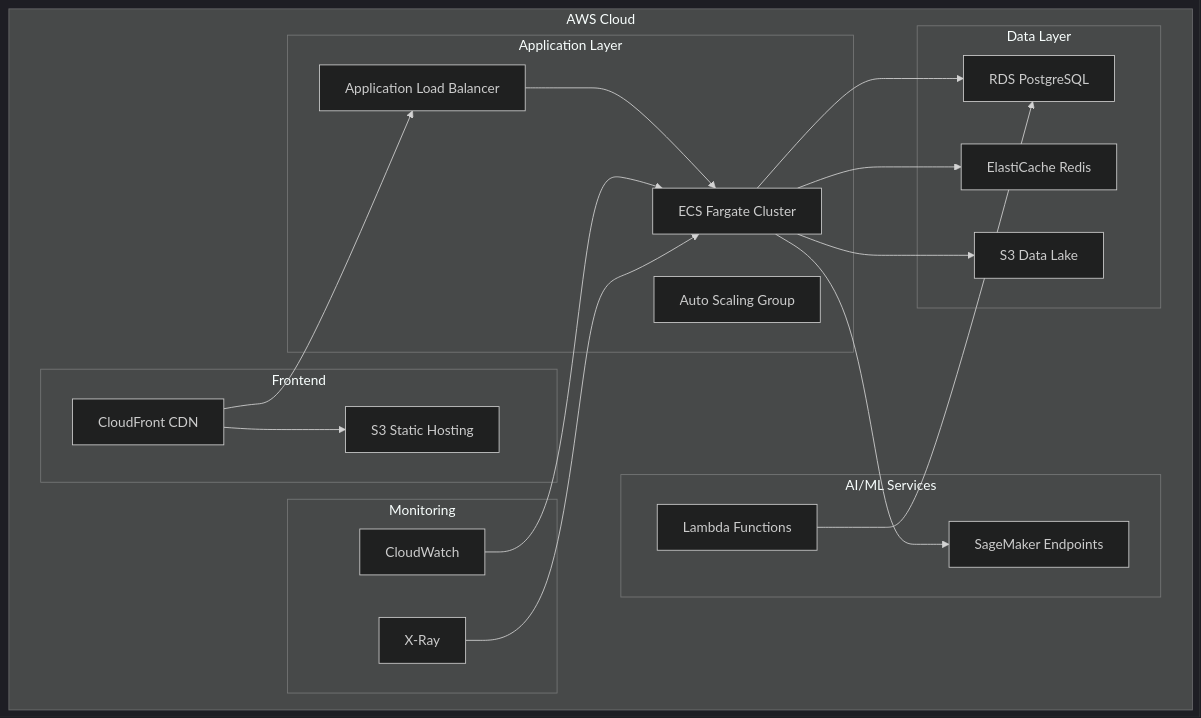
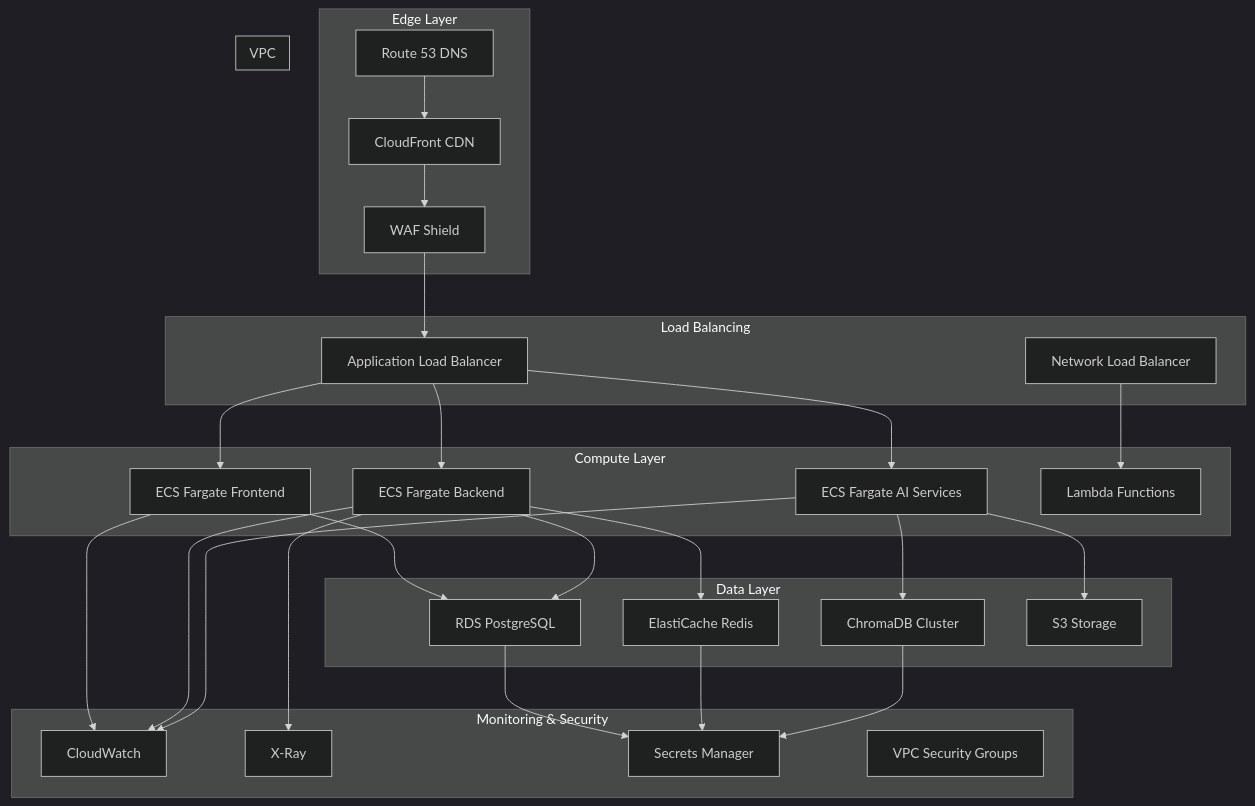
One commit to genius-0963/SelfSmart-Ai changed the fifth of 5 diagrams in README.md. Above: the diagram before and after it, drawn with Mermaid (dark theme). The commit also changed other lines of this file, not shown here.

First line of the commit message:
feat: Add comprehensive production-grade README with architecture diagrams

````diff
--- a/README.md
+++ b/README.md
@@ -298,42 +253,61 @@
 ```mermaid
 graph TB
-    subgraph "AWS Cloud"
-        subgraph "Frontend"
-            CF[CloudFront CDN]
-            S3[S3 Static Hosting]
-        end
-        
-        subgraph "Application Layer"
-            ALB[Application Load Balancer]
-            ECS[ECS Fargate Cluster]
-            ASG[Auto Scaling Group]
-        end
-        
-        subgraph "Data Layer"
-            RDS[RDS PostgreSQL]
-            EC[ElastiCache Redis]
-            S3_DATA[S3 Data Lake]
-        end
-        
-        subgraph "AI/ML Services"
-            SAG[SageMaker Endpoints]
-            LMB[Lambda Functions]
-        end
-        
-        subgraph "Monitoring"
-            CW[CloudWatch]
-            XR[X-Ray]
-        end
+    subgraph "Edge Layer"
+        A[CloudFront CDN]
+        B[WAF Shield]
+        C[Route 53 DNS]
     end
     
-    CF --> S3
-    CF --> ALB
-    ALB --> ECS
-    ECS --> RDS
-    ECS --> EC
-    ECS --> SAG
-    ECS --> S3_DATA
-    LMB --> RDS
-    CW --> ECS
-    XR --> ECS
+    subgraph "Load Balancing"
+        D[Application Load Balancer]
+        E[Network Load Balancer]
+    end
+    
+    subgraph "Compute Layer"
+        F[ECS Fargate Frontend]
+        G[ECS Fargate Backend]
+        H[ECS Fargate AI Services]
+        I[Lambda Functions]
+    end
+    
+    subgraph "Data Layer"
+        J[RDS PostgreSQL]
+        K[ElastiCache Redis]
+        L[ChromaDB Cluster]
+        M[S3 Storage]
+    end
+    
+    subgraph "Monitoring & Security"
+        N[CloudWatch]
+        O[X-Ray]
+        P[Secrets Manager]
+        Q[VPC Security Groups]
+    end
+    
+    C --> A
+    A --> B
+    B --> D
+    D --> F
+    D --> G
+    D --> H
+    E --> I
+    
+    F --> J
+    G --> J
+    G --> K
+    H --> L
+    H --> M
+    
+    F --> N
+    G --> N
+    H --> N
+    G --> O
+    
+    J --> P
+    K --> P
+    L --> P
+    
+    subgraph "VPC"
+        Q
+    end
 ```
````
